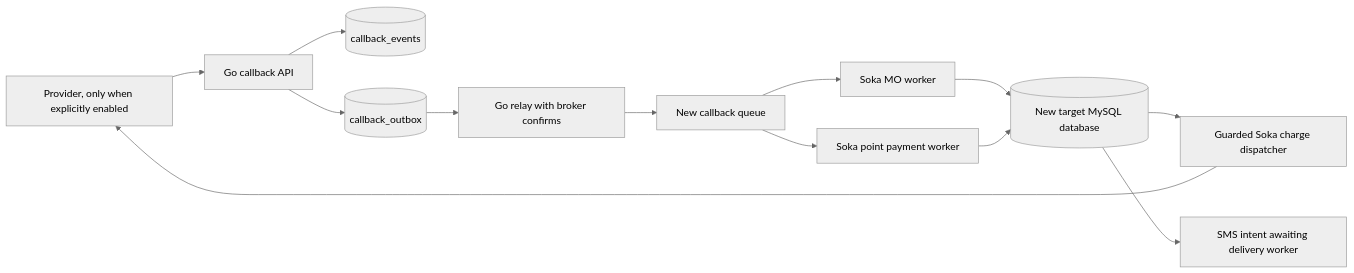
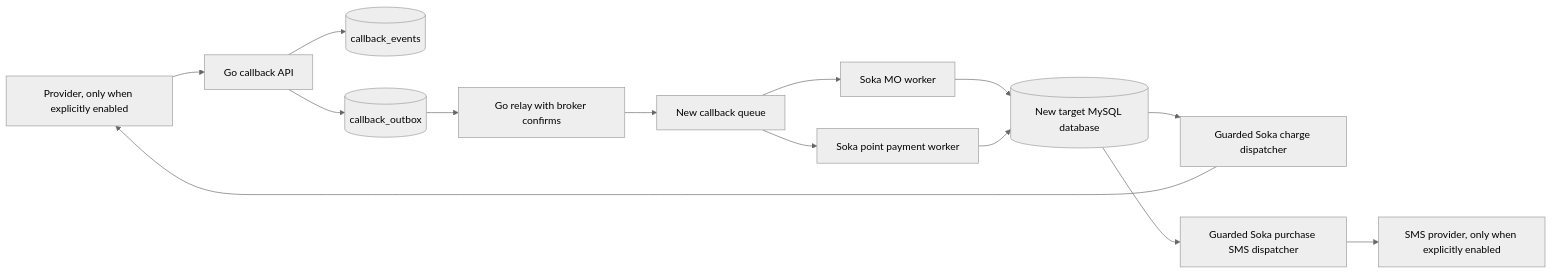
Before and after one commit to EMA-GREEN/YAS-SOKA-ISHIKISTAA-MEGAPROMO: the second of 2 diagrams in docs/architecture.md, drawn with Mermaid (neutral theme). The commit also changed other lines of this file and 8 other files, not shown here.

Commit message:
Add guarded Soka purchase SMS dispatch

````diff
--- a/docs/architecture.md
+++ b/docs/architecture.md
@@ -23,15 +23,16 @@
 ```mermaid
 flowchart LR
   Provider --> GoAPI[Go callback API]
   GoAPI --> Inbox[(callback_events)]
   GoAPI --> Outbox[(callback_outbox)]
   Outbox --> Relay[Go relay with broker confirms]
   Relay --> NewQueue[New callback queue]
   NewQueue --> SokaMO[Soka MO worker]
   NewQueue --> SokaPayment[Soka point payment worker]
   SokaMO --> TargetDB[(New target MySQL database)]
   SokaPayment --> TargetDB
   TargetDB --> ChargeDispatcher[Guarded Soka charge dispatcher]
   ChargeDispatcher --> Provider[Provider, only when explicitly enabled]
-  TargetDB --> SMSIntent[SMS intent awaiting delivery worker]
+  TargetDB --> SMSDispatcher[Guarded Soka purchase SMS dispatcher]
+  SMSDispatcher --> SMS[SMS provider, only when explicitly enabled]
 ```
````
